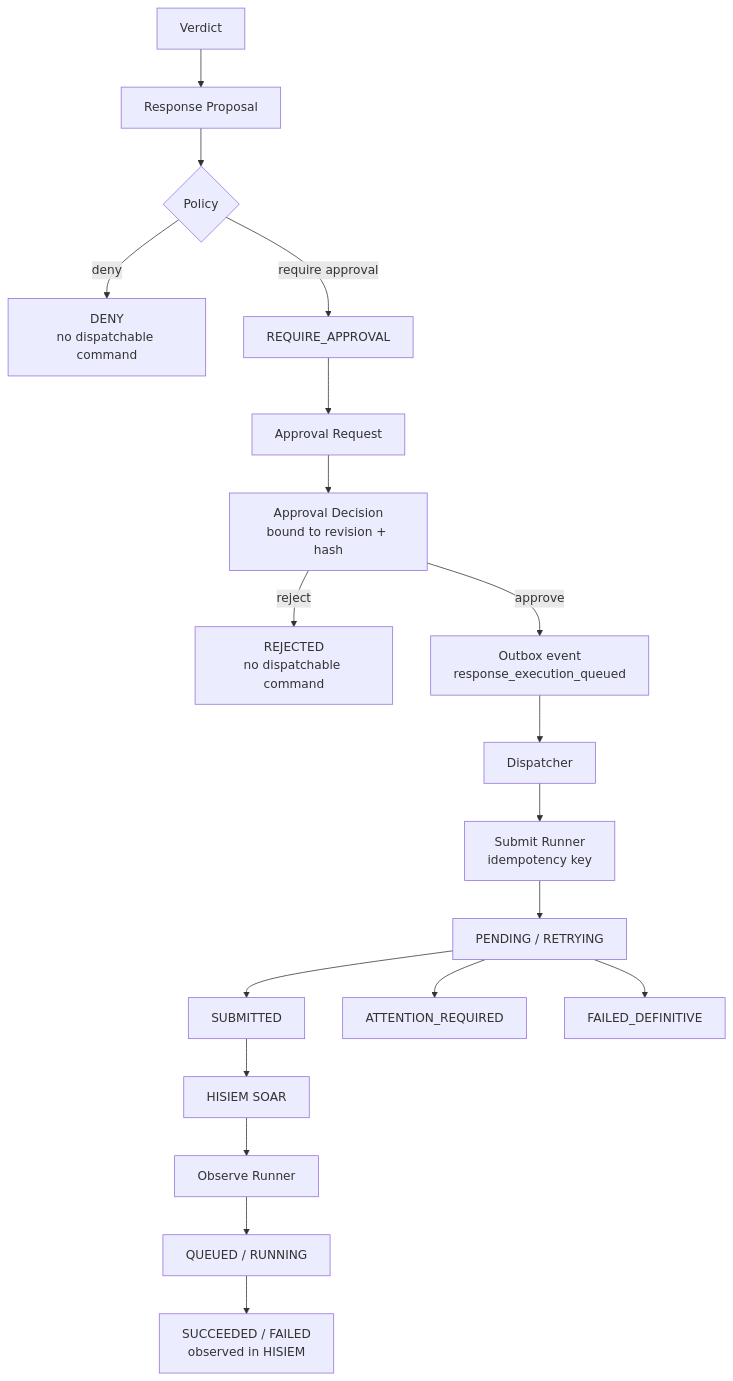
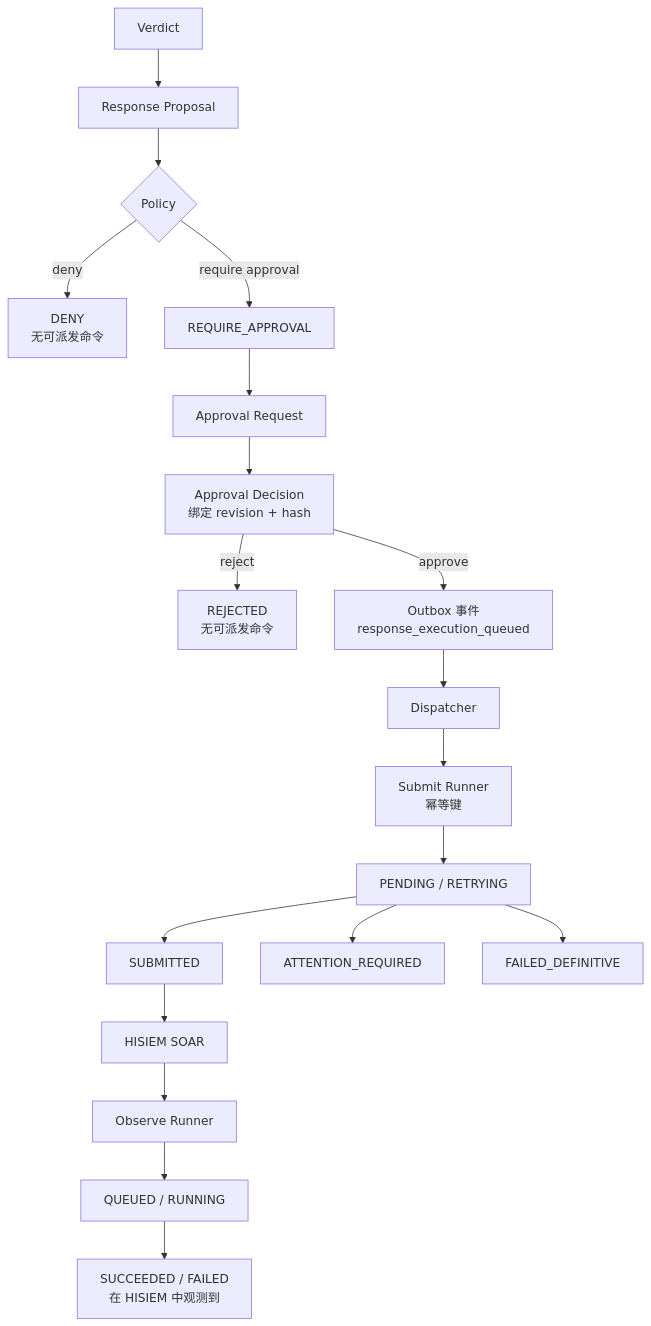
One commit to xsc683/HISIEM-SOC-Copilot changed the fifth of 8 diagrams in docs/status/architecture-overview.md. Above: the diagram before and after it, drawn with Mermaid. The commit also changed other lines of this file, not shown here.

First line of the commit message:
docs(status): translate architecture-overview.md to Chinese

````diff
--- a/docs/status/architecture-overview.md
+++ b/docs/status/architecture-overview.md
@@ -187,36 +184,36 @@
 ```mermaid
 flowchart TD
     VER["Verdict"]
     PROP["Response Proposal"]
     POL{"Policy"}
-    DENY["DENY<br/>no dispatchable command"]
+    DENY["DENY<br/>无可派发命令"]
     REQ["REQUIRE_APPROVAL"]
     AR["Approval Request"]
-    AD["Approval Decision<br/>bound to revision + hash"]
-    REJ["REJECTED<br/>no dispatchable command"]
-    OUT["Outbox event<br/>response_execution_queued"]
+    AD["Approval Decision<br/>绑定 revision + hash"]
+    REJ["REJECTED<br/>无可派发命令"]
+    OUT["Outbox 事件<br/>response_execution_queued"]
     DISP["Dispatcher"]
-    SUB["Submit Runner<br/>idempotency key"]
+    SUB["Submit Runner<br/>幂等键"]
     S1["PENDING / RETRYING"]
     S2["SUBMITTED"]
     S3["ATTENTION_REQUIRED"]
     S4["FAILED_DEFINITIVE"]
     SOAR["HISIEM SOAR"]
     OBSR["Observe Runner"]
     EX["QUEUED / RUNNING"]
-    TERM["SUCCEEDED / FAILED<br/>observed in HISIEM"]
+    TERM["SUCCEEDED / FAILED<br/>在 HISIEM 中观测到"]
 
     VER --> PROP --> POL
     POL -->|"deny"| DENY
     POL -->|"require approval"| REQ --> AR --> AD
     AD -->|"approve"| OUT
     AD -->|"reject"| REJ
     OUT --> DISP --> SUB
     SUB --> S1
     S1 --> S2
     S1 --> S3
     S1 --> S4
     S2 --> SOAR
     SOAR --> OBSR --> EX
     EX --> TERM
 ```
````
